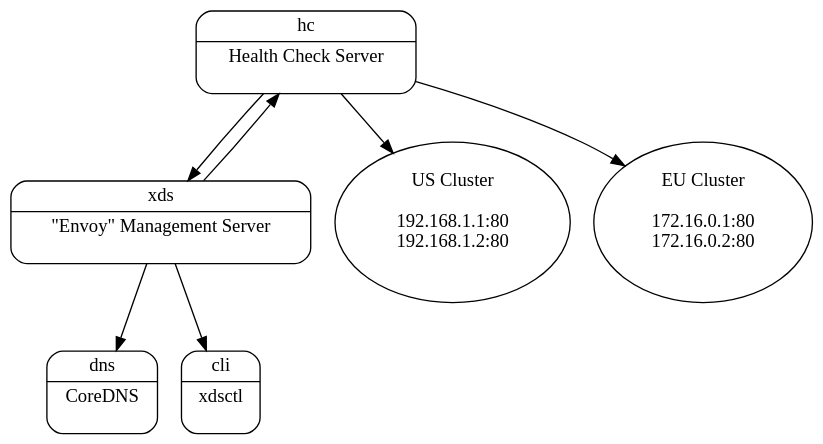
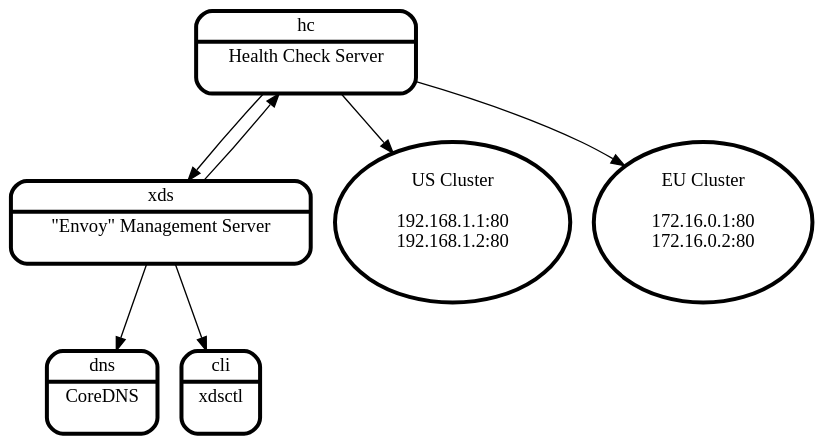
Before and after one commit to miekg/kubeadam: the diagram in xds-overview.dot, drawn with Graphviz. The commit also changed 2 other files, not shown here.

Commit message:
Add more graphs and more text

```diff
--- a/xds-overview.dot
+++ b/xds-overview.dot
@@ -1,33 +1,33 @@
 digraph xds_overview {
     bgcolor="transparent"
     subgraph sub_web_us {
         label="web US";
-        node[shape=oval]
+        node[shape=oval,penwidth=3]
         web_us [label="US Cluster\n\n192.168.1.1:80\n192.168.1.2:80\n\n"];
     }
     subgraph sub_web_eu {
         label="web EU";
-        node[shape=oval]
+        node[shape=oval,penwidth=3]
         web_eu [label="EU Cluster\n\n172.16.0.1:80\n172.16.0.2:80\n\n"];
     }
     subgraph sub_xds {
-        xds [label="{<f0> xds|<f1> \"Envoy\" Management Server\n\n}" shape=Mrecord];
+        xds [label="{<f0> xds|<f1> \"Envoy\" Management Server\n\n}" shape=Mrecord,penwidth=3];
     }
     subgraph sub_hc {
-        hc [label="{<f0> hc|<f1> Health Check Server\n\n}" shape=Mrecord];
+        hc [label="{<f0> hc|<f1> Health Check Server\n\n}" shape=Mrecord,penwidth=3];
     }
     subgraph sub_coredns {
-        coredns [label="{<f0> dns|<f1> CoreDNS\n\n}" shape=Mrecord];
+        coredns [label="{<f0> dns|<f1> CoreDNS\n\n}" shape=Mrecord,penwidth=3];
     }
     subgraph sub_xdsctl {
-        xdsctl [label="{<f0> cli|<f1> xdsctl\n\n}" shape=Mrecord];
+        xdsctl [label="{<f0> cli|<f1> xdsctl\n\n}" shape=Mrecord,penwidth=3];
     }
     {rank=same; web_us, web_eu}
     {rank=same; coredns, xdsctl}
 
     hc -> xds
     xds -> hc
     xds -> coredns
     xds -> xdsctl
     hc -> web_eu, web_us
 }
```
